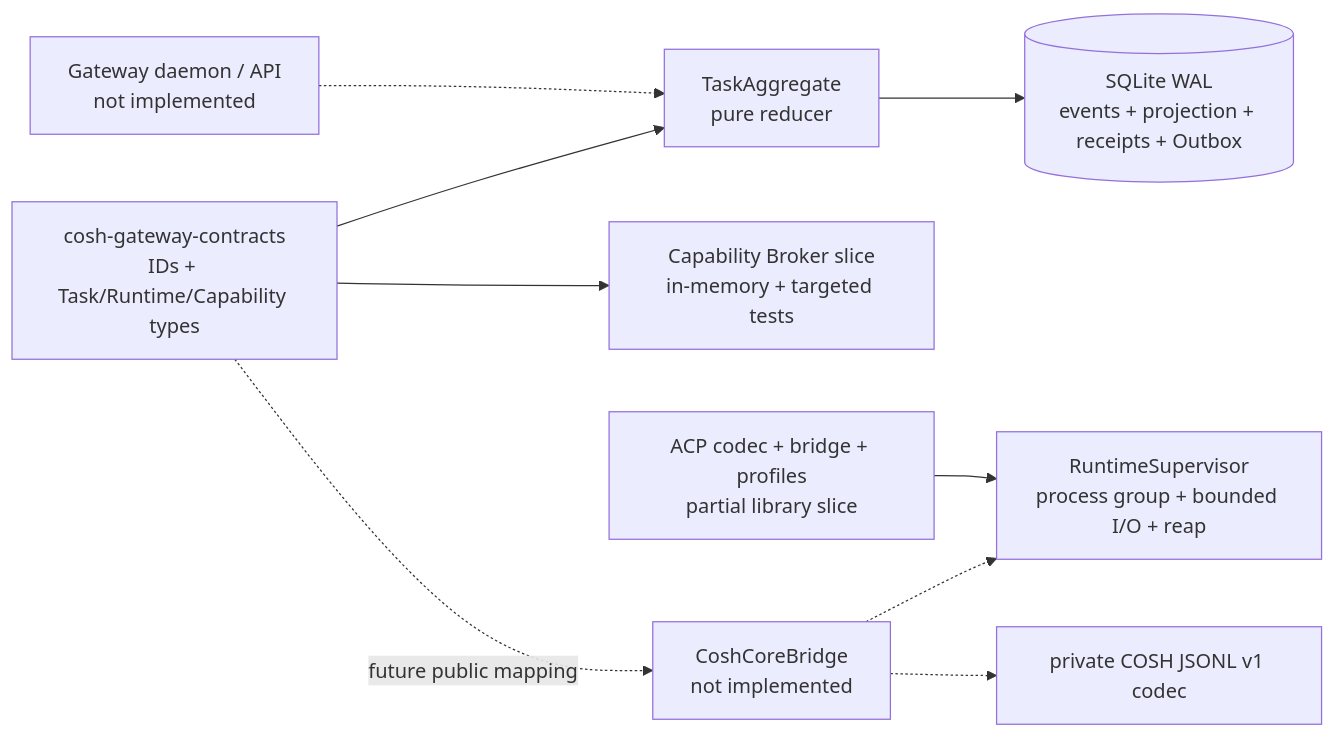
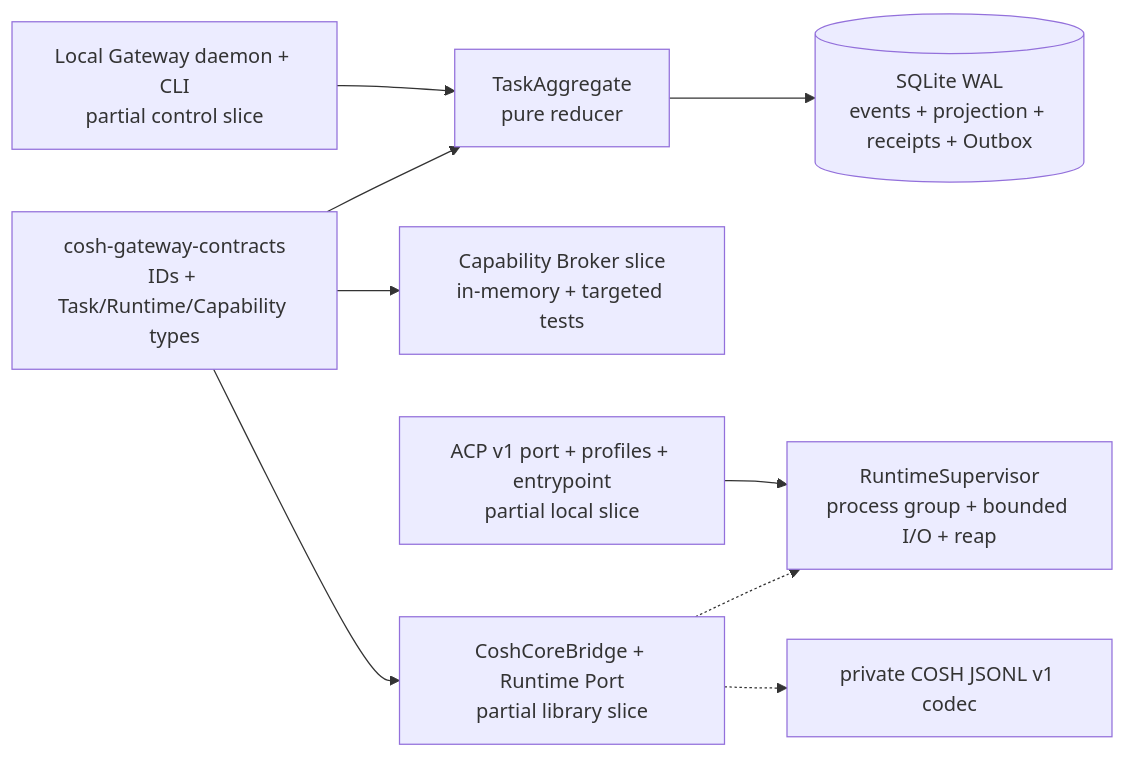
Before and after one commit to 1570005763/anolisa: the first of 4 diagrams in src/cosh-ng/docs/design/acp-v1-phase-0-2/architecture.md, drawn with Mermaid. The commit also changed other lines of this file and 25 other files, not shown here.

First line of the commit message:
feat(cosh-ng): [gateway] add local daemon

````diff
--- a/src/cosh-ng/docs/design/acp-v1-phase-0-2/architecture.md
+++ b/src/cosh-ng/docs/design/acp-v1-phase-0-2/architecture.md
@@ -44,21 +44,21 @@
 ```mermaid
 flowchart LR
     CT["cosh-gateway-contracts\nIDs + Task/Runtime/Capability types"]
     RED["TaskAggregate\npure reducer"]
     DB[("SQLite WAL\nevents + projection + receipts + Outbox")]
     RS["RuntimeSupervisor\nprocess group + bounded I/O + reap"]
     CJ["private COSH JSONL v1 codec"]
     CAP["Capability Broker slice\nin-memory + targeted tests"]
-    API["Gateway daemon / API\nnot implemented"]
-    CCB["CoshCoreBridge\nnot implemented"]
-    ACP["ACP codec + bridge + profiles\npartial library slice"]
+    API["Local Gateway daemon + CLI\npartial control slice"]
+    CCB["CoshCoreBridge + Runtime Port\npartial library slice"]
+    ACP["ACP v1 port + profiles + entrypoint\npartial local slice"]
 
     CT --> RED
     RED --> DB
     CT --> CAP
-    CT -.->|future public mapping| CCB
-    API -.-> RED
+    CT --> CCB
+    API --> RED
     CCB -.-> RS
     CCB -.-> CJ
     ACP --> RS
 ```
````
